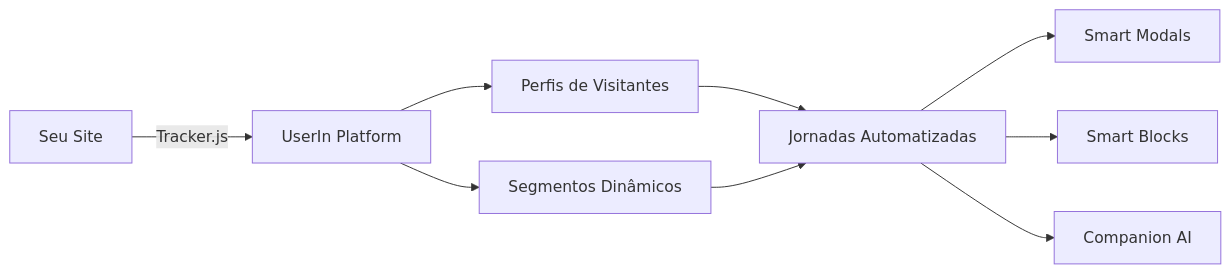
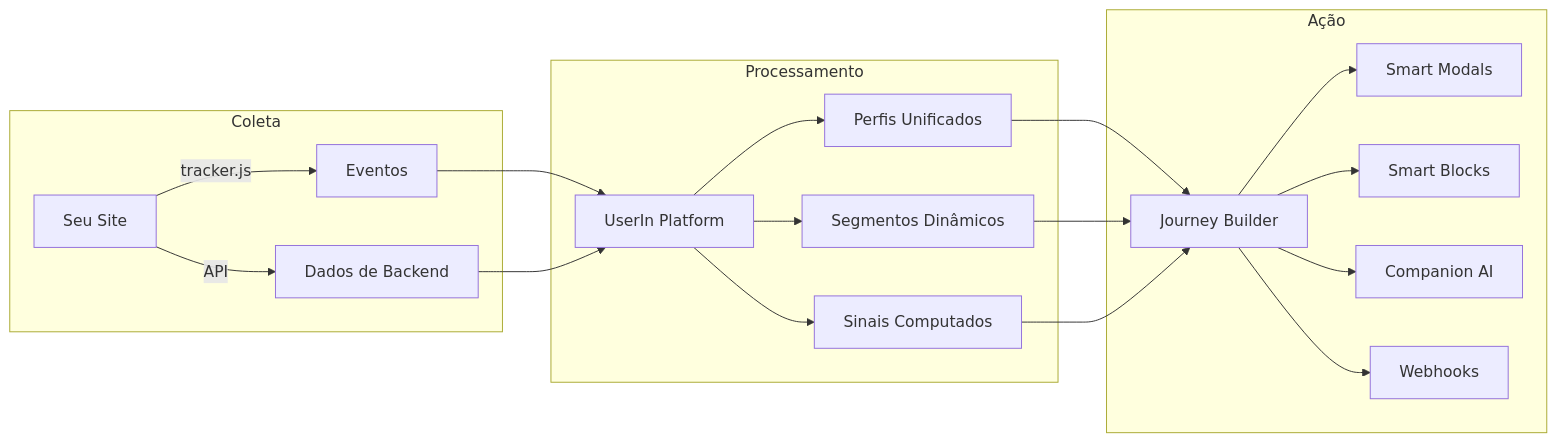
The diagram in visao-geral.mdx (sendspeed0/docs), drawn with Mermaid before and after one commit. The commit also changed other lines of this file and 1 other file, not shown here.

````diff
--- a/visao-geral.mdx
+++ b/visao-geral.mdx
@@ -11,11 +11,25 @@
 ```mermaid
 flowchart LR
-    A[Seu Site] -->|Tracker.js| B[UserIn Platform]
-    B --> C[Perfis de Visitantes]
-    B --> D[Segmentos Dinâmicos]
-    C --> E[Jornadas Automatizadas]
-    D --> E
-    E --> F[Smart Modals]
-    E --> G[Smart Blocks]
-    E --> H[Companion AI]
+    subgraph Coleta
+        A[Seu Site] -->|tracker.js| B[Eventos]
+        A -->|API| C[Dados de Backend]
+    end
+    
+    subgraph Processamento
+        B --> D[UserIn Platform]
+        C --> D
+        D --> E[Perfis Unificados]
+        D --> F[Segmentos Dinâmicos]
+        D --> G[Sinais Computados]
+    end
+    
+    subgraph Ação
+        E --> H[Journey Builder]
+        F --> H
+        G --> H
+        H --> I[Smart Modals]
+        H --> J[Smart Blocks]
+        H --> K[Companion AI]
+        H --> L[Webhooks]
+    end
 ```
````
